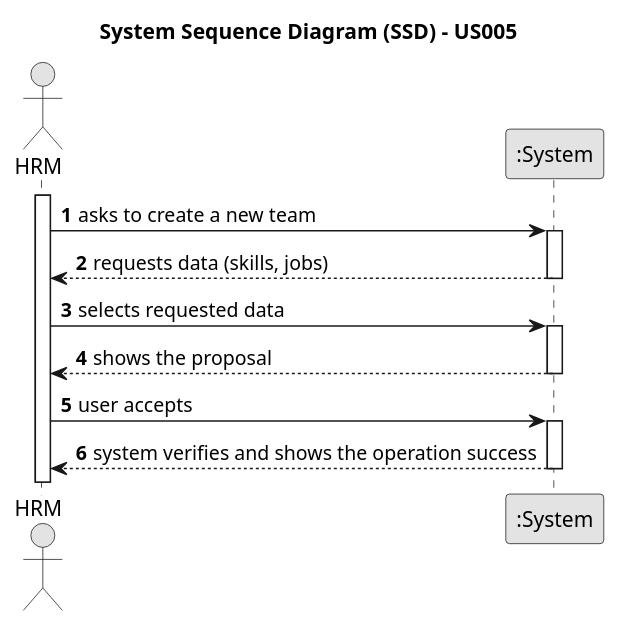
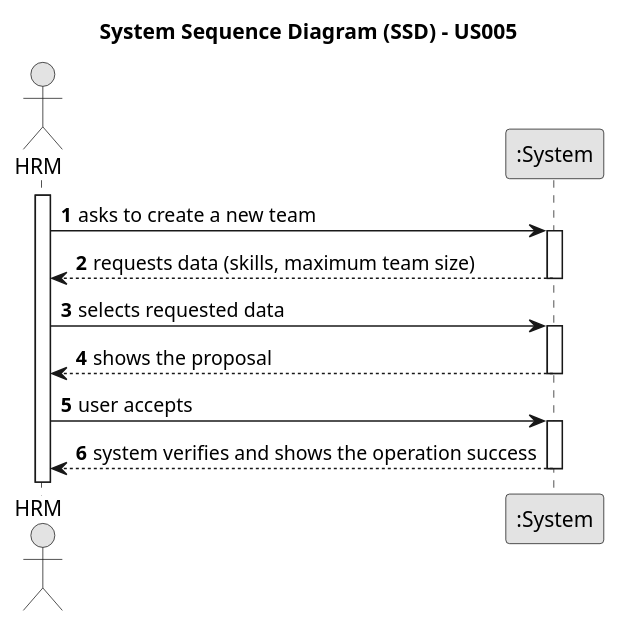
One commit to ricardomm7/leaflink changed the diagram in docs/sprintA/us005/01.requirements-engineering/puml/us005-system-sequence-diagram-alternative-one.puml. Above: the diagram before and after it, drawn with PlantUML. The commit also changed 19 other files, not shown here.

```diff
--- a/docs/sprintA/us005/01.requirements-engineering/puml/us005-system-sequence-diagram-alternative-one.puml
+++ b/docs/sprintA/us005/01.requirements-engineering/puml/us005-system-sequence-diagram-alternative-one.puml
@@ -1,34 +1,34 @@
 @startuml
 skinparam monochrome true
 skinparam packageStyle rectangle
 skinparam shadowing false
 
 title System Sequence Diagram (SSD) - US005
 
 autonumber
 
 actor "HRM" as HRM
 participant ":System" as System
 
 activate HRM
 
     HRM -> System : asks to create a new team
     activate System
 
-        System --> HRM : requests data (skills, jobs)
+        System --> HRM : requests data (skills, maximum team size)
     deactivate System
 
     HRM -> System : selects requested data
     activate System
 
         System --> HRM : shows the proposal
     deactivate System
 
     HRM -> System : user accepts
     activate System
 
         System --> HRM : system verifies and shows the operation success
     deactivate System
 
 
 @enduml
```
